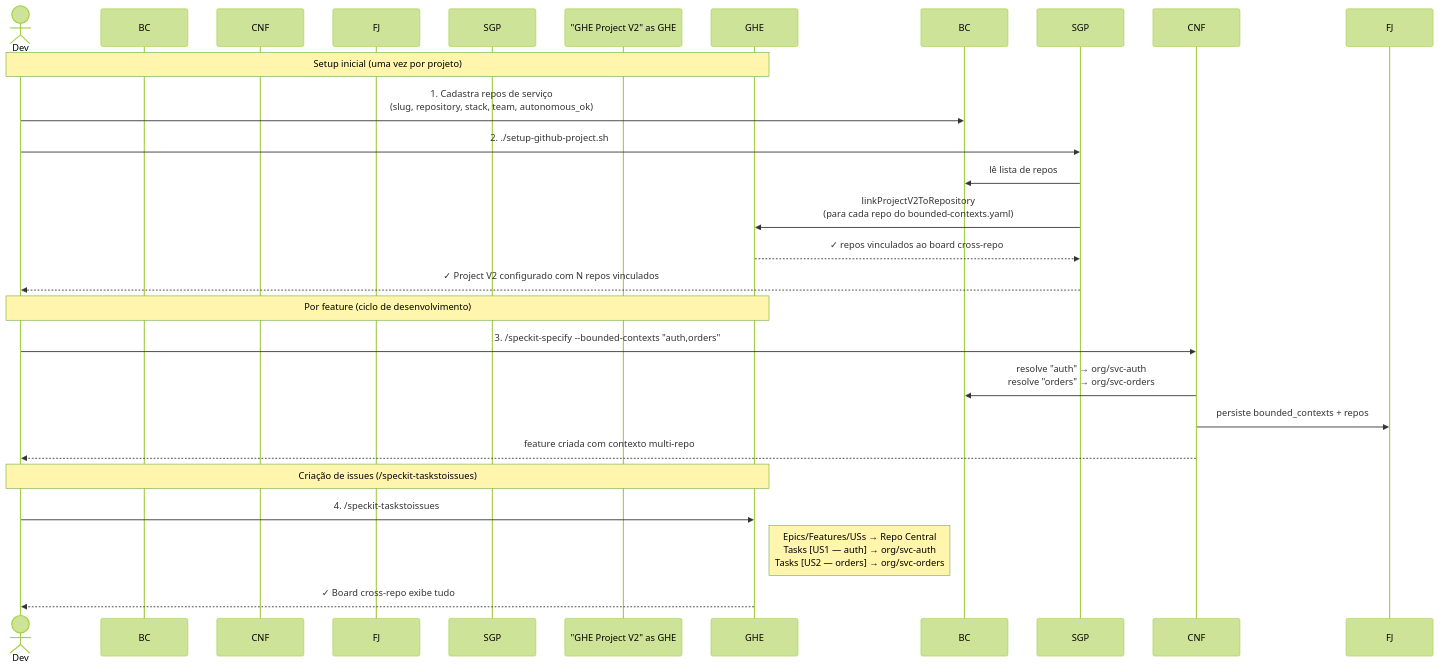
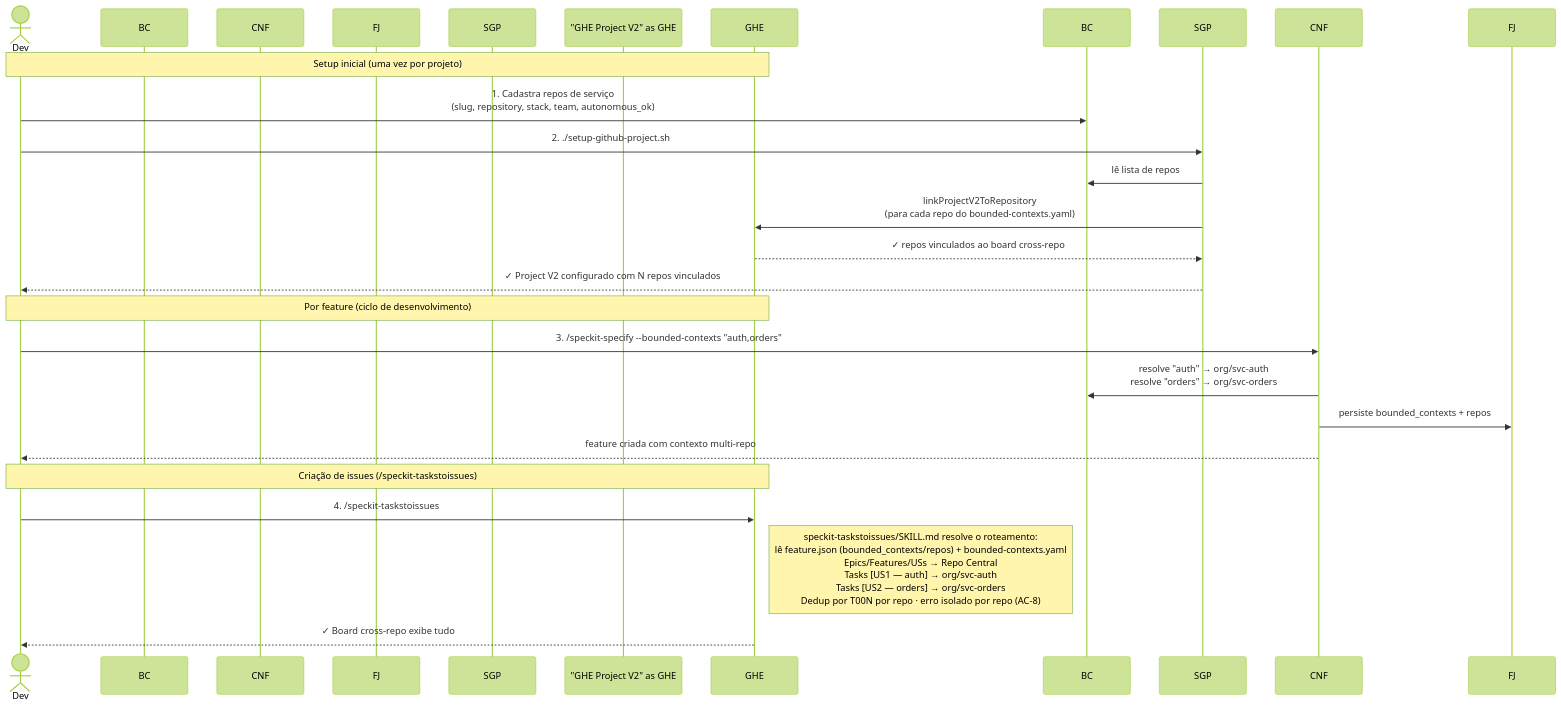
Before and after one commit to lrodriguesvpn/nimbus-code: the second of 2 diagrams in specs/006-multirepo-support/graph.md, drawn with Mermaid (forest theme). The commit also changed other lines of this file and 9 other files, not shown here.

````diff
--- a/specs/006-multirepo-support/graph.md
+++ b/specs/006-multirepo-support/graph.md
@@ -59,31 +75,31 @@
 ```mermaid
 sequenceDiagram
     actor Dev
     participant "bounded-contexts.yaml" as BC
     participant "create-new-feature.sh" as CNF
     participant "feature.json" as FJ
     participant "setup-github-project.sh" as SGP
     participant "GHE Project V2" as GHE
 
     Note over Dev,GHE: Setup inicial (uma vez por projeto)
 
     Dev->>BC: 1. Cadastra repos de serviço<br/>(slug, repository, stack, team, autonomous_ok)
     Dev->>SGP: 2. ./setup-github-project.sh
     SGP->>BC: lê lista de repos
     SGP->>GHE: linkProjectV2ToRepository<br/>(para cada repo do bounded-contexts.yaml)
     GHE-->>SGP: ✓ repos vinculados ao board cross-repo
     SGP-->>Dev: ✓ Project V2 configurado com N repos vinculados
 
     Note over Dev,GHE: Por feature (ciclo de desenvolvimento)
 
     Dev->>CNF: 3. /speckit-specify --bounded-contexts "auth,orders"
     CNF->>BC: resolve "auth" → org/svc-auth<br/>resolve "orders" → org/svc-orders
     CNF->>FJ: persiste bounded_contexts + repos
     CNF-->>Dev: feature criada com contexto multi-repo
 
     Note over Dev,GHE: Criação de issues (/speckit-taskstoissues)
 
     Dev->>GHE: 4. /speckit-taskstoissues
-    Note right of GHE: Epics/Features/USs → Repo Central<br/>Tasks [US1 — auth] → org/svc-auth<br/>Tasks [US2 — orders] → org/svc-orders
+    Note right of GHE: speckit-taskstoissues/SKILL.md resolve o roteamento:<br/>lê feature.json (bounded_contexts/repos) + bounded-contexts.yaml<br/>Epics/Features/USs → Repo Central<br/>Tasks [US1 — auth] → org/svc-auth<br/>Tasks [US2 — orders] → org/svc-orders<br/>Dedup por T00N por repo · erro isolado por repo (AC-8)
     GHE-->>Dev: ✓ Board cross-repo exibe tudo
 ```
````
